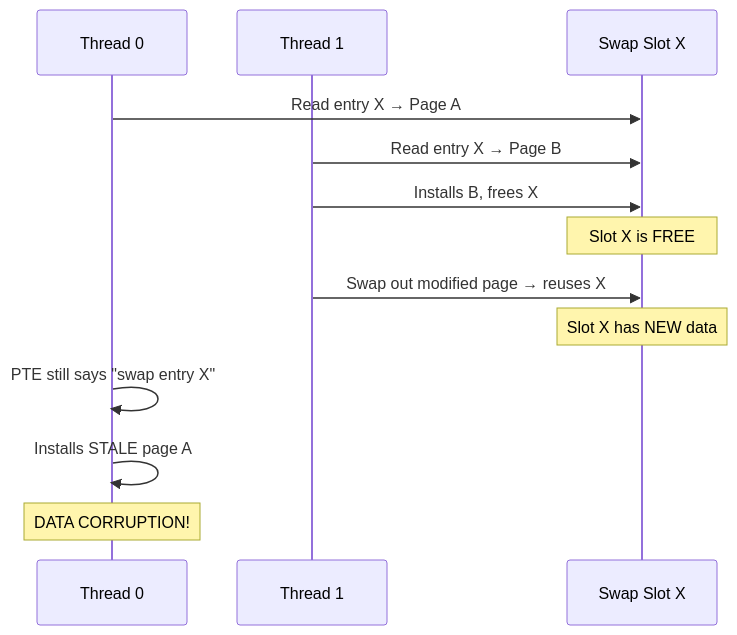
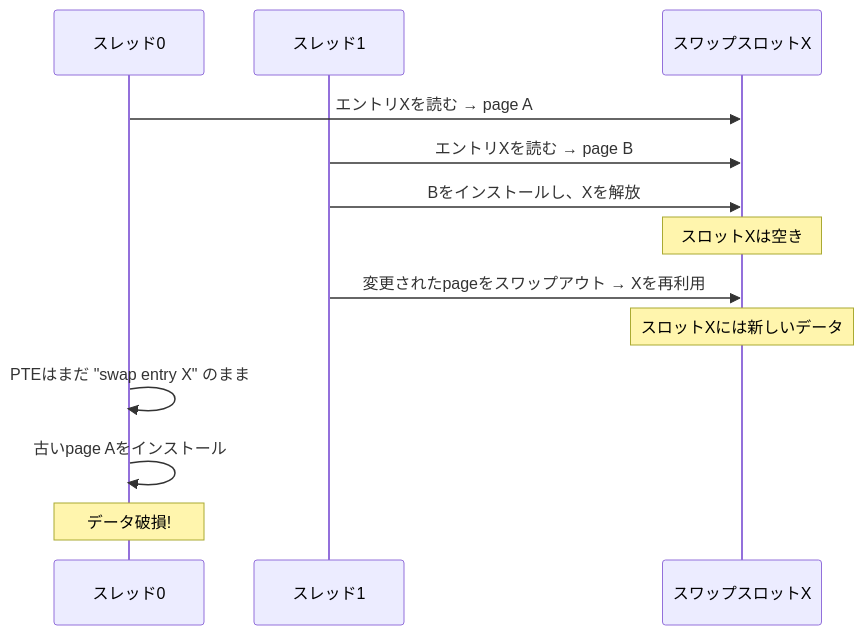
One commit to doguto/linux-kernel-internals-jp changed diagram 16 of 16 in docs/mm/swapping.md. Above: the diagram before and after it, drawn with Mermaid. The commit also changed other lines of this file and 27 other files, not shown here.

````diff
--- a/docs/mm/swapping.md
+++ b/docs/mm/swapping.md
@@ -810,16 +810,16 @@
 ```mermaid
 sequenceDiagram
-    participant T0 as Thread 0
-    participant T1 as Thread 1
-    participant Swap as Swap Slot X
+    participant T0 as スレッド0
+    participant T1 as スレッド1
+    participant Swap as スワップスロットX
 
-    T0->>Swap: Read entry X → Page A
-    T1->>Swap: Read entry X → Page B
-    T1->>Swap: Installs B, frees X
-    Note over Swap: Slot X is FREE
-    T1->>Swap: Swap out modified page → reuses X
-    Note over Swap: Slot X has NEW data
-    T0->>T0: PTE still says "swap entry X"
-    T0->>T0: Installs STALE page A
-    Note over T0: DATA CORRUPTION!
+    T0->>Swap: エントリXを読む → page A
+    T1->>Swap: エントリXを読む → page B
+    T1->>Swap: Bをインストールし、Xを解放
+    Note over Swap: スロットXは空き
+    T1->>Swap: 変更されたpageをスワップアウト → Xを再利用
+    Note over Swap: スロットXには新しいデータ
+    T0->>T0: PTEはまだ "swap entry X" のまま
+    T0->>T0: 古いpage Aをインストール
+    Note over T0: データ破損!
 ```
````
